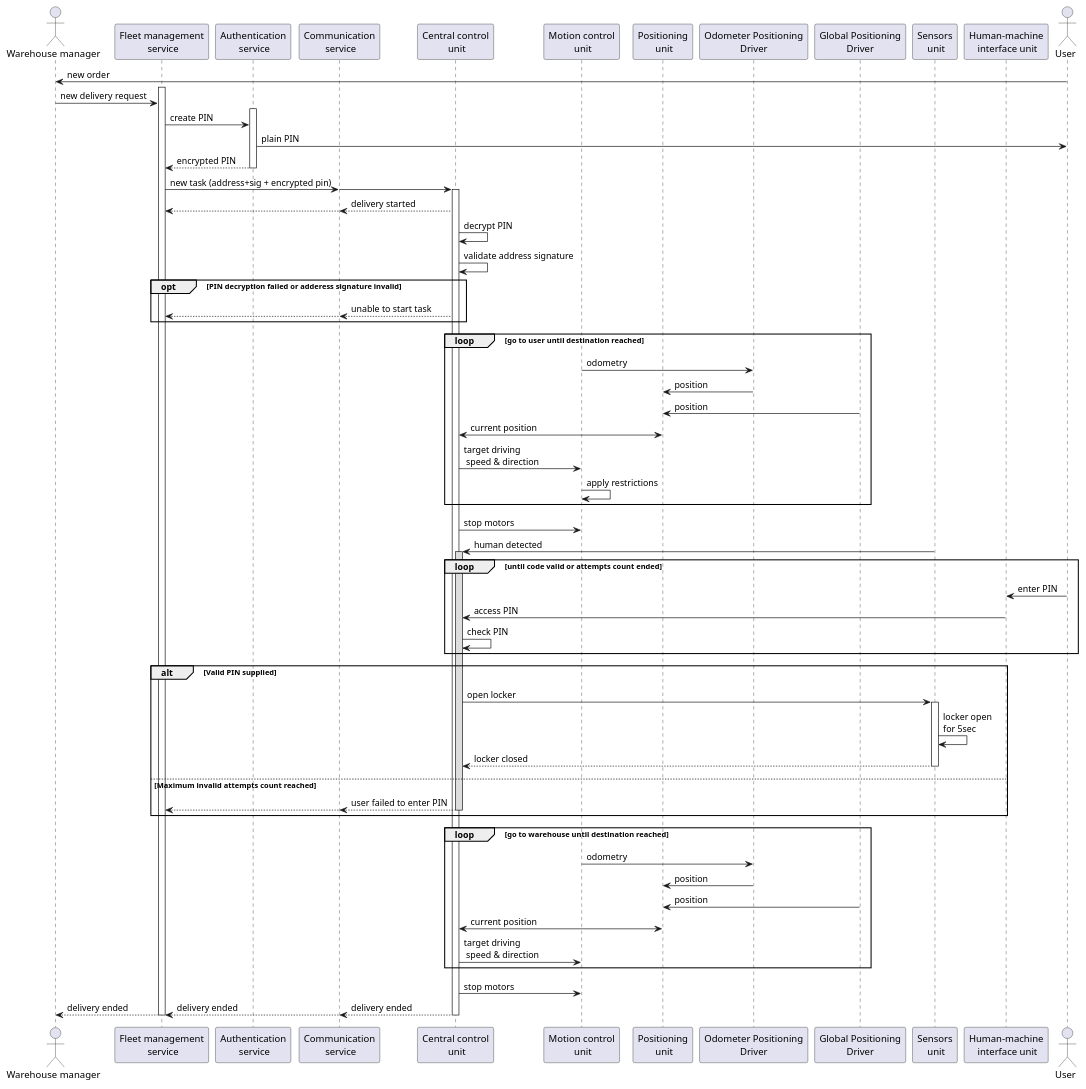
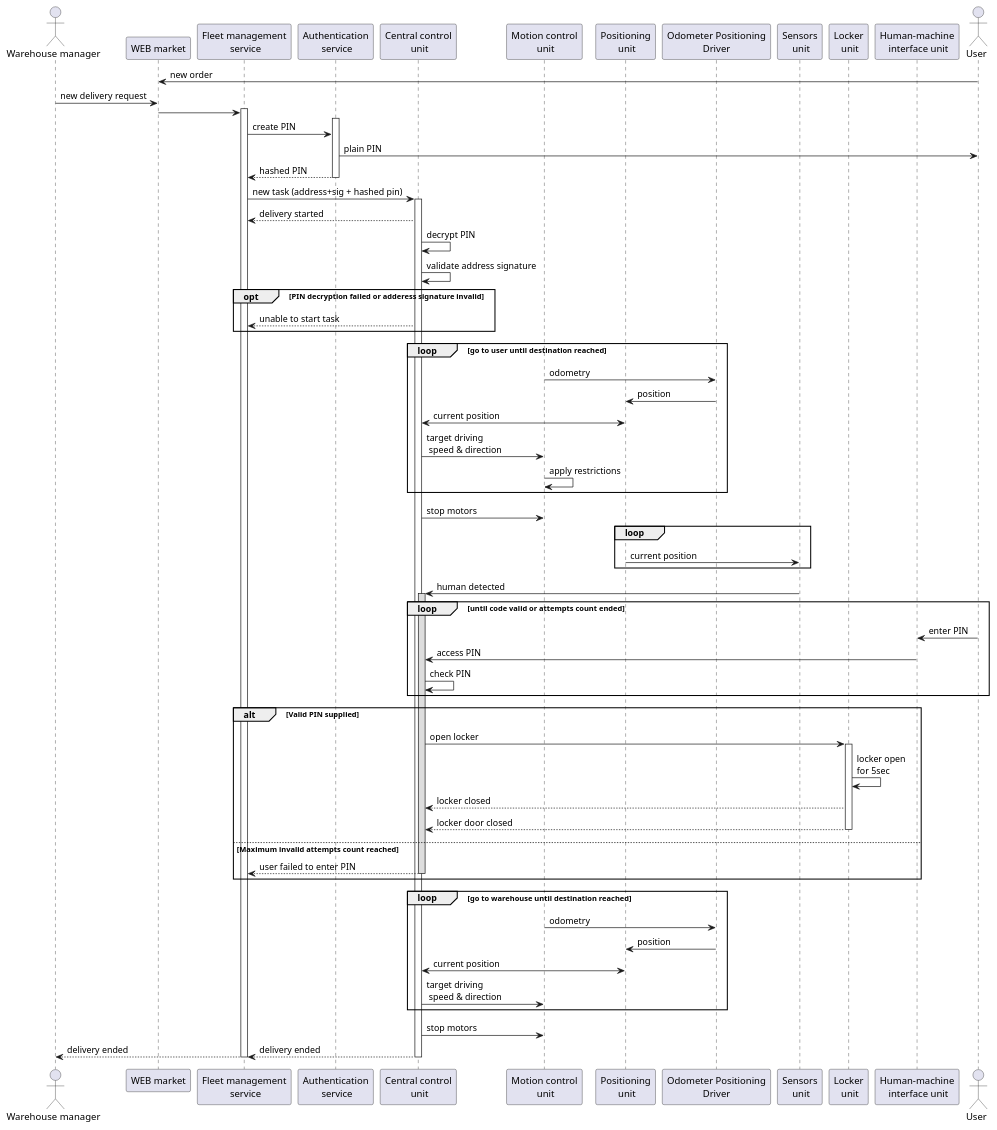
Before and after one commit to Losssaw3/cyberimmune-delivery-robot: the diagram in docs/diagrams/sequence_new.puml, drawn with PlantUML. The commit also changed 5 other files, not shown here.

```diff
--- a/docs/diagrams/sequence_new.puml
+++ b/docs/diagrams/sequence_new.puml
@@ -1,101 +1,102 @@
 @startuml
 !pragma teoz true
 'autonumber
 
 actor "Warehouse manager" as WH
+participant "WEB market" as STOR
 participant "Fleet management\n service" as FMS
 participant "Authentication\n service" as AS
-participant "Communication\n service" as CS
 participant "Central control\n unit" as CCU
 participant "Motion control\n unit" as MCU
 participant "Positioning\n unit" as PU
 participant "Odometer Positioning\nDriver" as OPD
-participant "Global Positioning\nDriver" as GPD
 participant "Sensors\n unit" as SU
+participant "Locker\n unit" as LU
 participant "Human-machine\n interface unit" as HMI
 actor "User" as User
 
-User    -> WH:      new order
+User    -> STOR:      new order
+
+WH      -> STOR:     new delivery request
 activate FMS
-WH      -> FMS:     new delivery request
+STOR    -> FMS
 activate AS
 FMS     -> AS:      create PIN
 AS      -> User:    plain PIN
-AS     --> FMS:     encrypted PIN
+AS     --> FMS:     hashed PIN
 deactivate AS
-FMS     -> CS:      new task (address+sig + encrypted pin)
-&CS     -> CCU
+FMS     -> CCU:      new task (address+sig + hashed pin)
 
 activate CCU
 
-CCU    --> CS:      delivery started
-&CS    --> FMS:
+CCU    --> FMS:      delivery started
 
 CCU     -> CCU:     decrypt PIN
 CCU     -> CCU:     validate address signature
 opt PIN decryption failed or adderess signature invalid
-CCU    --> CS:      unable to start task
-&CS    --> FMS
+CCU    --> FMS:      unable to start task
 end opt
 
 loop go to user until destination reached
 
 MCU     -> OPD:      odometry
 OPD     -> PU:       position
-GPD     -> PU:       position
 PU      <-> CCU:     current position
 CCU     -> MCU:      target driving\n speed & direction
 MCU     -> MCU:       apply restrictions
 
 end
 
 
 CCU     -> MCU:     stop motors
+
+
+loop
+PU      -> SU:      current position
+end
 
 SU      -> CCU:     human detected
 activate CCU #DDDDDD
 
 
 loop until code valid or attempts count ended
 User    -> HMI:     enter PIN
 HMI     -> CCU:     access PIN
 CCU     -> CCU:     check PIN
 end
 
 alt Valid PIN supplied
 
-CCU     -> SU:      open locker
-activate SU
-SU      -> SU:      locker open\nfor 5sec
-SU     --> CCU:     locker closed
-deactivate SU
+CCU     -> LU:      open locker
+activate LU
+LU      -> LU:      locker open\nfor 5sec
+LU     --> CCU:     locker closed
+LU     --> CCU:     locker door closed
+deactivate LU
 
 else Maximum invalid attempts count reached
 
-CCU    --> CS:      user failed to enter PIN
-&CS    --> FMS
+CCU    --> FMS:      user failed to enter PIN
 
 deactivate CCU
 end
 
 loop go to warehouse until destination reached
 MCU     -> OPD:      odometry
 OPD     -> PU:       position
-GPD     -> PU:       position
 PU      <-> CCU:     current position
 CCU     -> MCU:      target driving\n speed & direction
 end
 
 CCU     -> MCU:     stop motors
 
-CCU     --> CS:     delivery ended
+CCU     --> FMS:     delivery ended
 
 deactivate CCU
 
-&CS     --> FMS:    delivery ended
 &FMS    --> WH:     delivery ended
 
 deactivate FMS
 
 
 @enduml
```
